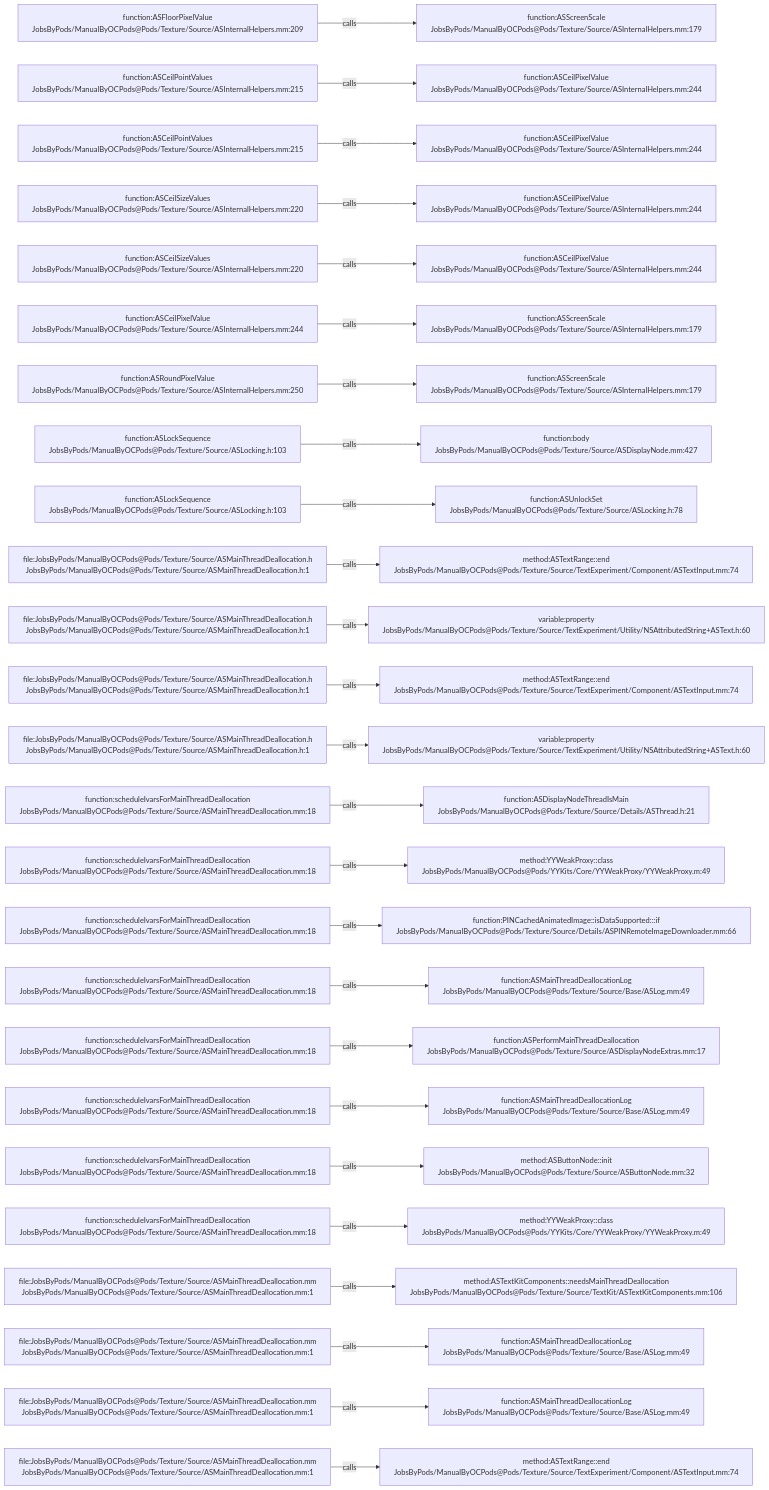
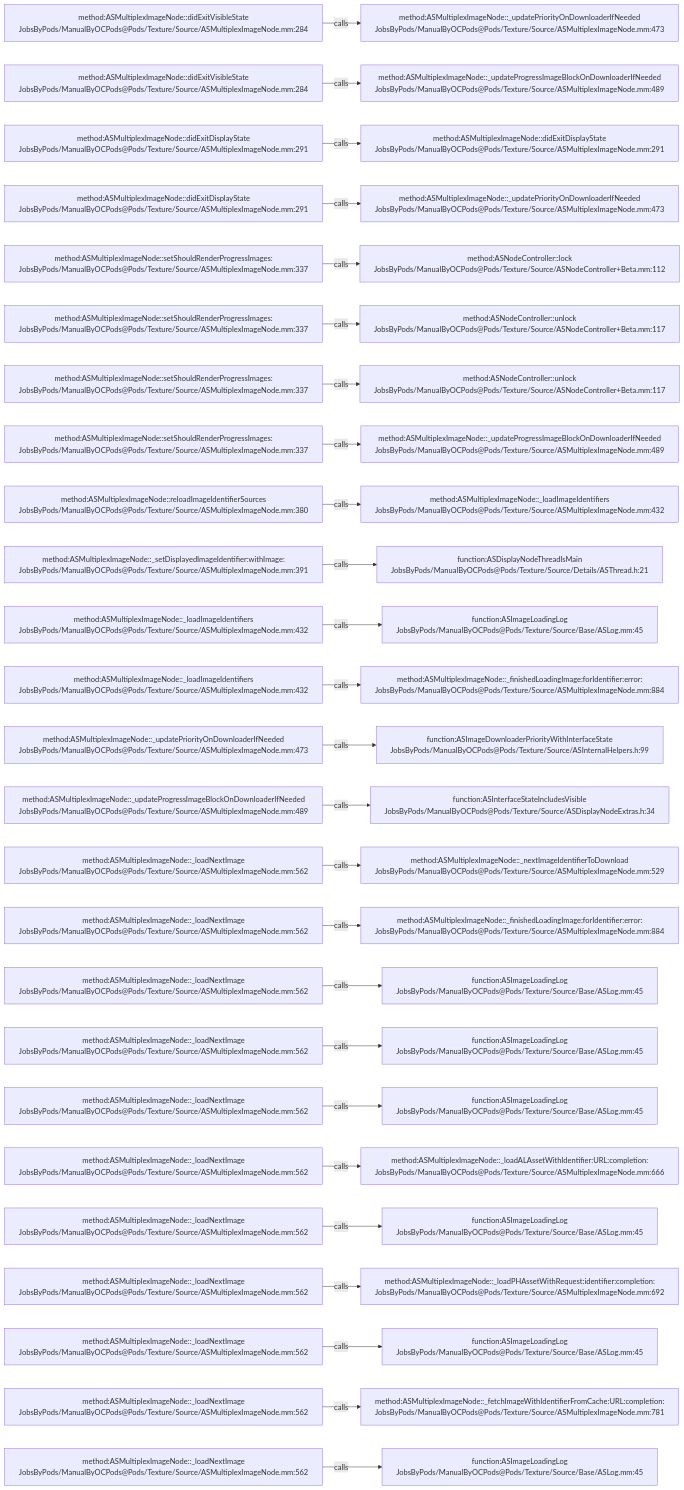
One commit to JobsKits/JobsOCBaseConfigDemo changed the diagram in .codegraph/codegraph.md/graphs/calls-113.md. Above: the diagram before and after it, drawn with Mermaid. The commit also changed 1353 other files, not shown here.

````diff
--- a/.codegraph/codegraph.md/graphs/calls-113.md
+++ b/.codegraph/codegraph.md/graphs/calls-113.md
@@ -13,78 +13,78 @@
 ```mermaid
 flowchart LR
-  S1["function:ASFloorPixelValue<br/>JobsByPods/ManualByOCPods@Pods/Texture/Source/ASInternalHelpers.mm:209"]
-  T1["function:ASScreenScale<br/>JobsByPods/ManualByOCPods@Pods/Texture/Source/ASInternalHelpers.mm:179"]
+  S1["method:ASMultiplexImageNode::didExitVisibleState<br/>JobsByPods/ManualByOCPods@Pods/Texture/Source/ASMultiplexImageNode.mm:284"]
+  T1["method:ASMultiplexImageNode::_updatePriorityOnDownloaderIfNeeded<br/>JobsByPods/ManualByOCPods@Pods/Texture/Source/ASMultiplexImageNode.mm:473"]
   S1 -->|calls| T1
-  S2["function:ASCeilPointValues<br/>JobsByPods/ManualByOCPods@Pods/Texture/Source/ASInternalHelpers.mm:215"]
-  T2["function:ASCeilPixelValue<br/>JobsByPods/ManualByOCPods@Pods/Texture/Source/ASInternalHelpers.mm:244"]
+  S2["method:ASMultiplexImageNode::didExitVisibleState<br/>JobsByPods/ManualByOCPods@Pods/Texture/Source/ASMultiplexImageNode.mm:284"]
+  T2["method:ASMultiplexImageNode::_updateProgressImageBlockOnDownloaderIfNeeded<br/>JobsByPods/ManualByOCPods@Pods/Texture/Source/ASMultiplexImageNode.mm:489"]
   S2 -->|calls| T2
-  S3["function:ASCeilPointValues<br/>JobsByPods/ManualByOCPods@Pods/Texture/Source/ASInternalHelpers.mm:215"]
-  T3["function:ASCeilPixelValue<br/>JobsByPods/ManualByOCPods@Pods/Texture/Source/ASInternalHelpers.mm:244"]
+  S3["method:ASMultiplexImageNode::didExitDisplayState<br/>JobsByPods/ManualByOCPods@Pods/Texture/Source/ASMultiplexImageNode.mm:291"]
+  T3["method:ASMultiplexImageNode::didExitDisplayState<br/>JobsByPods/ManualByOCPods@Pods/Texture/Source/ASMultiplexImageNode.mm:291"]
   S3 -->|calls| T3
-  S4["function:ASCeilSizeValues<br/>JobsByPods/ManualByOCPods@Pods/Texture/Source/ASInternalHelpers.mm:220"]
-  T4["function:ASCeilPixelValue<br/>JobsByPods/ManualByOCPods@Pods/Texture/Source/ASInternalHelpers.mm:244"]
+  S4["method:ASMultiplexImageNode::didExitDisplayState<br/>JobsByPods/ManualByOCPods@Pods/Texture/Source/ASMultiplexImageNode.mm:291"]
+  T4["method:ASMultiplexImageNode::_updatePriorityOnDownloaderIfNeeded<br/>JobsByPods/ManualByOCPods@Pods/Texture/Source/ASMultiplexImageNode.mm:473"]
   S4 -->|calls| T4
-  S5["function:ASCeilSizeValues<br/>JobsByPods/ManualByOCPods@Pods/Texture/Source/ASInternalHelpers.mm:220"]
-  T5["function:ASCeilPixelValue<br/>JobsByPods/ManualByOCPods@Pods/Texture/Source/ASInternalHelpers.mm:244"]
+  S5["method:ASMultiplexImageNode::setShouldRenderProgressImages:<br/>JobsByPods/ManualByOCPods@Pods/Texture/Source/ASMultiplexImageNode.mm:337"]
+  T5["method:ASNodeController::lock<br/>JobsByPods/ManualByOCPods@Pods/Texture/Source/ASNodeController+Beta.mm:112"]
   S5 -->|calls| T5
-  S6["function:ASCeilPixelValue<br/>JobsByPods/ManualByOCPods@Pods/Texture/Source/ASInternalHelpers.mm:244"]
-  T6["function:ASScreenScale<br/>JobsByPods/ManualByOCPods@Pods/Texture/Source/ASInternalHelpers.mm:179"]
+  S6["method:ASMultiplexImageNode::setShouldRenderProgressImages:<br/>JobsByPods/ManualByOCPods@Pods/Texture/Source/ASMultiplexImageNode.mm:337"]
+  T6["method:ASNodeController::unlock<br/>JobsByPods/ManualByOCPods@Pods/Texture/Source/ASNodeController+Beta.mm:117"]
   S6 -->|calls| T6
-  S7["function:ASRoundPixelValue<br/>JobsByPods/ManualByOCPods@Pods/Texture/Source/ASInternalHelpers.mm:250"]
-  T7["function:ASScreenScale<br/>JobsByPods/ManualByOCPods@Pods/Texture/Source/ASInternalHelpers.mm:179"]
+  S7["method:ASMultiplexImageNode::setShouldRenderProgressImages:<br/>JobsByPods/ManualByOCPods@Pods/Texture/Source/ASMultiplexImageNode.mm:337"]
+  T7["method:ASNodeController::unlock<br/>JobsByPods/ManualByOCPods@Pods/Texture/Source/ASNodeController+Beta.mm:117"]
   S7 -->|calls| T7
-  S8["function:ASLockSequence<br/>JobsByPods/ManualByOCPods@Pods/Texture/Source/ASLocking.h:103"]
-  T8["function:body<br/>JobsByPods/ManualByOCPods@Pods/Texture/Source/ASDisplayNode.mm:427"]
+  S8["method:ASMultiplexImageNode::setShouldRenderProgressImages:<br/>JobsByPods/ManualByOCPods@Pods/Texture/Source/ASMultiplexImageNode.mm:337"]
+  T8["method:ASMultiplexImageNode::_updateProgressImageBlockOnDownloaderIfNeeded<br/>JobsByPods/ManualByOCPods@Pods/Texture/Source/ASMultiplexImageNode.mm:489"]
   S8 -->|calls| T8
-  S9["function:ASLockSequence<br/>JobsByPods/ManualByOCPods@Pods/Texture/Source/ASLocking.h:103"]
-  T9["function:ASUnlockSet<br/>JobsByPods/ManualByOCPods@Pods/Texture/Source/ASLocking.h:78"]
+  S9["method:ASMultiplexImageNode::reloadImageIdentifierSources<br/>JobsByPods/ManualByOCPods@Pods/Texture/Source/ASMultiplexImageNode.mm:380"]
+  T9["method:ASMultiplexImageNode::_loadImageIdentifiers<br/>JobsByPods/ManualByOCPods@Pods/Texture/Source/ASMultiplexImageNode.mm:432"]
   S9 -->|calls| T9
-  S10["file:JobsByPods/ManualByOCPods@Pods/Texture/Source/ASMainThreadDeallocation.h<br/>JobsByPods/ManualByOCPods@Pods/Texture/Source/ASMainThreadDeallocation.h:1"]
-  T10["method:ASTextRange::end<br/>JobsByPods/ManualByOCPods@Pods/Texture/Source/TextExperiment/Component/ASTextInput.mm:74"]
+  S10["method:ASMultiplexImageNode::_setDisplayedImageIdentifier:withImage:<br/>JobsByPods/ManualByOCPods@Pods/Texture/Source/ASMultiplexImageNode.mm:391"]
+  T10["function:ASDisplayNodeThreadIsMain<br/>JobsByPods/ManualByOCPods@Pods/Texture/Source/Details/ASThread.h:21"]
   S10 -->|calls| T10
-  S11["file:JobsByPods/ManualByOCPods@Pods/Texture/Source/ASMainThreadDeallocation.h<br/>JobsByPods/ManualByOCPods@Pods/Texture/Source/ASMainThreadDeallocation.h:1"]
-  T11["variable:property<br/>JobsByPods/ManualByOCPods@Pods/Texture/Source/TextExperiment/Utility/NSAttributedString+ASText.h:60"]
+  S11["method:ASMultiplexImageNode::_loadImageIdentifiers<br/>JobsByPods/ManualByOCPods@Pods/Texture/Source/ASMultiplexImageNode.mm:432"]
+  T11["function:ASImageLoadingLog<br/>JobsByPods/ManualByOCPods@Pods/Texture/Source/Base/ASLog.mm:45"]
   S11 -->|calls| T11
-  S12["file:JobsByPods/ManualByOCPods@Pods/Texture/Source/ASMainThreadDeallocation.h<br/>JobsByPods/ManualByOCPods@Pods/Texture/Source/ASMainThreadDeallocation.h:1"]
-  T12["method:ASTextRange::end<br/>JobsByPods/ManualByOCPods@Pods/Texture/Source/TextExperiment/Component/ASTextInput.mm:74"]
+  S12["method:ASMultiplexImageNode::_loadImageIdentifiers<br/>JobsByPods/ManualByOCPods@Pods/Texture/Source/ASMultiplexImageNode.mm:432"]
+  T12["method:ASMultiplexImageNode::_finishedLoadingImage:forIdentifier:error:<br/>JobsByPods/ManualByOCPods@Pods/Texture/Source/ASMultiplexImageNode.mm:884"]
   S12 -->|calls| T12
-  S13["file:JobsByPods/ManualByOCPods@Pods/Texture/Source/ASMainThreadDeallocation.h<br/>JobsByPods/ManualByOCPods@Pods/Texture/Source/ASMainThreadDeallocation.h:1"]
-  T13["variable:property<br/>JobsByPods/ManualByOCPods@Pods/Texture/Source/TextExperiment/Utility/NSAttributedString+ASText.h:60"]
+  S13["method:ASMultiplexImageNode::_updatePriorityOnDownloaderIfNeeded<br/>JobsByPods/ManualByOCPods@Pods/Texture/Source/ASMultiplexImageNode.mm:473"]
+  T13["function:ASImageDownloaderPriorityWithInterfaceState<br/>JobsByPods/ManualByOCPods@Pods/Texture/Source/ASInternalHelpers.h:99"]
   S13 -->|calls| T13
-  S14["function:scheduleIvarsForMainThreadDeallocation<br/>JobsByPods/ManualByOCPods@Pods/Texture/Source/ASMainThreadDeallocation.mm:18"]
-  T14["function:ASDisplayNodeThreadIsMain<br/>JobsByPods/ManualByOCPods@Pods/Texture/Source/Details/ASThread.h:21"]
+  S14["method:ASMultiplexImageNode::_updateProgressImageBlockOnDownloaderIfNeeded<br/>JobsByPods/ManualByOCPods@Pods/Texture/Source/ASMultiplexImageNode.mm:489"]
+  T14["function:ASInterfaceStateIncludesVisible<br/>JobsByPods/ManualByOCPods@Pods/Texture/Source/ASDisplayNodeExtras.h:34"]
   S14 -->|calls| T14
-  S15["function:scheduleIvarsForMainThreadDeallocation<br/>JobsByPods/ManualByOCPods@Pods/Texture/Source/ASMainThreadDeallocation.mm:18"]
-  T15["method:YYWeakProxy::class<br/>JobsByPods/ManualByOCPods@Pods/YYKits/Core/YYWeakProxy/YYWeakProxy.m:49"]
+  S15["method:ASMultiplexImageNode::_loadNextImage<br/>JobsByPods/ManualByOCPods@Pods/Texture/Source/ASMultiplexImageNode.mm:562"]
+  T15["method:ASMultiplexImageNode::_nextImageIdentifierToDownload<br/>JobsByPods/ManualByOCPods@Pods/Texture/Source/ASMultiplexImageNode.mm:529"]
   S15 -->|calls| T15
-  S16["function:scheduleIvarsForMainThreadDeallocation<br/>JobsByPods/ManualByOCPods@Pods/Texture/Source/ASMainThreadDeallocation.mm:18"]
-  T16["function:PINCachedAnimatedImage::isDataSupported:::if<br/>JobsByPods/ManualByOCPods@Pods/Texture/Source/Details/ASPINRemoteImageDownloader.mm:66"]
+  S16["method:ASMultiplexImageNode::_loadNextImage<br/>JobsByPods/ManualByOCPods@Pods/Texture/Source/ASMultiplexImageNode.mm:562"]
+  T16["method:ASMultiplexImageNode::_finishedLoadingImage:forIdentifier:error:<br/>JobsByPods/ManualByOCPods@Pods/Texture/Source/ASMultiplexImageNode.mm:884"]
   S16 -->|calls| T16
-  S17["function:scheduleIvarsForMainThreadDeallocation<br/>JobsByPods/ManualByOCPods@Pods/Texture/Source/ASMainThreadDeallocation.mm:18"]
-  T17["function:ASMainThreadDeallocationLog<br/>JobsByPods/ManualByOCPods@Pods/Texture/Source/Base/ASLog.mm:49"]
+  S17["method:ASMultiplexImageNode::_loadNextImage<br/>JobsByPods/ManualByOCPods@Pods/Texture/Source/ASMultiplexImageNode.mm:562"]
+  T17["function:ASImageLoadingLog<br/>JobsByPods/ManualByOCPods@Pods/Texture/Source/Base/ASLog.mm:45"]
   S17 -->|calls| T17
-  S18["function:scheduleIvarsForMainThreadDeallocation<br/>JobsByPods/ManualByOCPods@Pods/Texture/Source/ASMainThreadDeallocation.mm:18"]
-  T18["function:ASPerformMainThreadDeallocation<br/>JobsByPods/ManualByOCPods@Pods/Texture/Source/ASDisplayNodeExtras.mm:17"]
+  S18["method:ASMultiplexImageNode::_loadNextImage<br/>JobsByPods/ManualByOCPods@Pods/Texture/Source/ASMultiplexImageNode.mm:562"]
+  T18["function:ASImageLoadingLog<br/>JobsByPods/ManualByOCPods@Pods/Texture/Source/Base/ASLog.mm:45"]
   S18 -->|calls| T18
-  S19["function:scheduleIvarsForMainThreadDeallocation<br/>JobsByPods/ManualByOCPods@Pods/Texture/Source/ASMainThreadDeallocation.mm:18"]
-  T19["function:ASMainThreadDeallocationLog<br/>JobsByPods/ManualByOCPods@Pods/Texture/Source/Base/ASLog.mm:49"]
+  S19["method:ASMultiplexImageNode::_loadNextImage<br/>JobsByPods/ManualByOCPods@Pods/Texture/Source/ASMultiplexImageNode.mm:562"]
+  T19["function:ASImageLoadingLog<br/>JobsByPods/ManualByOCPods@Pods/Texture/Source/Base/ASLog.mm:45"]
   S19 -->|calls| T19
-  S20["function:scheduleIvarsForMainThreadDeallocation<br/>JobsByPods/ManualByOCPods@Pods/Texture/Source/ASMainThreadDeallocation.mm:18"]
-  T20["method:ASButtonNode::init<br/>JobsByPods/ManualByOCPods@Pods/Texture/Source/ASButtonNode.mm:32"]
+  S20["method:ASMultiplexImageNode::_loadNextImage<br/>JobsByPods/ManualByOCPods@Pods/Texture/Source/ASMultiplexImageNode.mm:562"]
+  T20["method:ASMultiplexImageNode::_loadALAssetWithIdentifier:URL:completion:<br/>JobsByPods/ManualByOCPods@Pods/Texture/Source/ASMultiplexImageNode.mm:666"]
   S20 -->|calls| T20
-  S21["function:scheduleIvarsForMainThreadDeallocation<br/>JobsByPods/ManualByOCPods@Pods/Texture/Source/ASMainThreadDeallocation.mm:18"]
-  T21["method:YYWeakProxy::class<br/>JobsByPods/ManualByOCPods@Pods/YYKits/Core/YYWeakProxy/YYWeakProxy.m:49"]
+  S21["method:ASMultiplexImageNode::_loadNextImage<br/>JobsByPods/ManualByOCPods@Pods/Texture/Source/ASMultiplexImageNode.mm:562"]
+  T21["function:ASImageLoadingLog<br/>JobsByPods/ManualByOCPods@Pods/Texture/Source/Base/ASLog.mm:45"]
   S21 -->|calls| T21
-  S22["file:JobsByPods/ManualByOCPods@Pods/Texture/Source/ASMainThreadDeallocation.mm<br/>JobsByPods/ManualByOCPods@Pods/Texture/Source/ASMainThreadDeallocation.mm:1"]
-  T22["method:ASTextKitComponents::needsMainThreadDeallocation<br/>JobsByPods/ManualByOCPods@Pods/Texture/Source/TextKit/ASTextKitComponents.mm:106"]
+  S22["method:ASMultiplexImageNode::_loadNextImage<br/>JobsByPods/ManualByOCPods@Pods/Texture/Source/ASMultiplexImageNode.mm:562"]
+  T22["method:ASMultiplexImageNode::_loadPHAssetWithRequest:identifier:completion:<br/>JobsByPods/ManualByOCPods@Pods/Texture/Source/ASMultiplexImageNode.mm:692"]
   S22 -->|calls| T22
-  S23["file:JobsByPods/ManualByOCPods@Pods/Texture/Source/ASMainThreadDeallocation.mm<br/>JobsByPods/ManualByOCPods@Pods/Texture/Source/ASMainThreadDeallocation.mm:1"]
-  T23["function:ASMainThreadDeallocationLog<br/>JobsByPods/ManualByOCPods@Pods/Texture/Source/Base/ASLog.mm:49"]
+  S23["method:ASMultiplexImageNode::_loadNextImage<br/>JobsByPods/ManualByOCPods@Pods/Texture/Source/ASMultiplexImageNode.mm:562"]
+  T23["function:ASImageLoadingLog<br/>JobsByPods/ManualByOCPods@Pods/Texture/Source/Base/ASLog.mm:45"]
   S23 -->|calls| T23
-  S24["file:JobsByPods/ManualByOCPods@Pods/Texture/Source/ASMainThreadDeallocation.mm<br/>JobsByPods/ManualByOCPods@Pods/Texture/Source/ASMainThreadDeallocation.mm:1"]
-  T24["function:ASMainThreadDeallocationLog<br/>JobsByPods/ManualByOCPods@Pods/Texture/Source/Base/ASLog.mm:49"]
+  S24["method:ASMultiplexImageNode::_loadNextImage<br/>JobsByPods/ManualByOCPods@Pods/Texture/Source/ASMultiplexImageNode.mm:562"]
+  T24["method:ASMultiplexImageNode::_fetchImageWithIdentifierFromCache:URL:completion:<br/>JobsByPods/ManualByOCPods@Pods/Texture/Source/ASMultiplexImageNode.mm:781"]
   S24 -->|calls| T24
-  S25["file:JobsByPods/ManualByOCPods@Pods/Texture/Source/ASMainThreadDeallocation.mm<br/>JobsByPods/ManualByOCPods@Pods/Texture/Source/ASMainThreadDeallocation.mm:1"]
-  T25["method:ASTextRange::end<br/>JobsByPods/ManualByOCPods@Pods/Texture/Source/TextExperiment/Component/ASTextInput.mm:74"]
+  S25["method:ASMultiplexImageNode::_loadNextImage<br/>JobsByPods/ManualByOCPods@Pods/Texture/Source/ASMultiplexImageNode.mm:562"]
+  T25["function:ASImageLoadingLog<br/>JobsByPods/ManualByOCPods@Pods/Texture/Source/Base/ASLog.mm:45"]
   S25 -->|calls| T25
 ```
````
